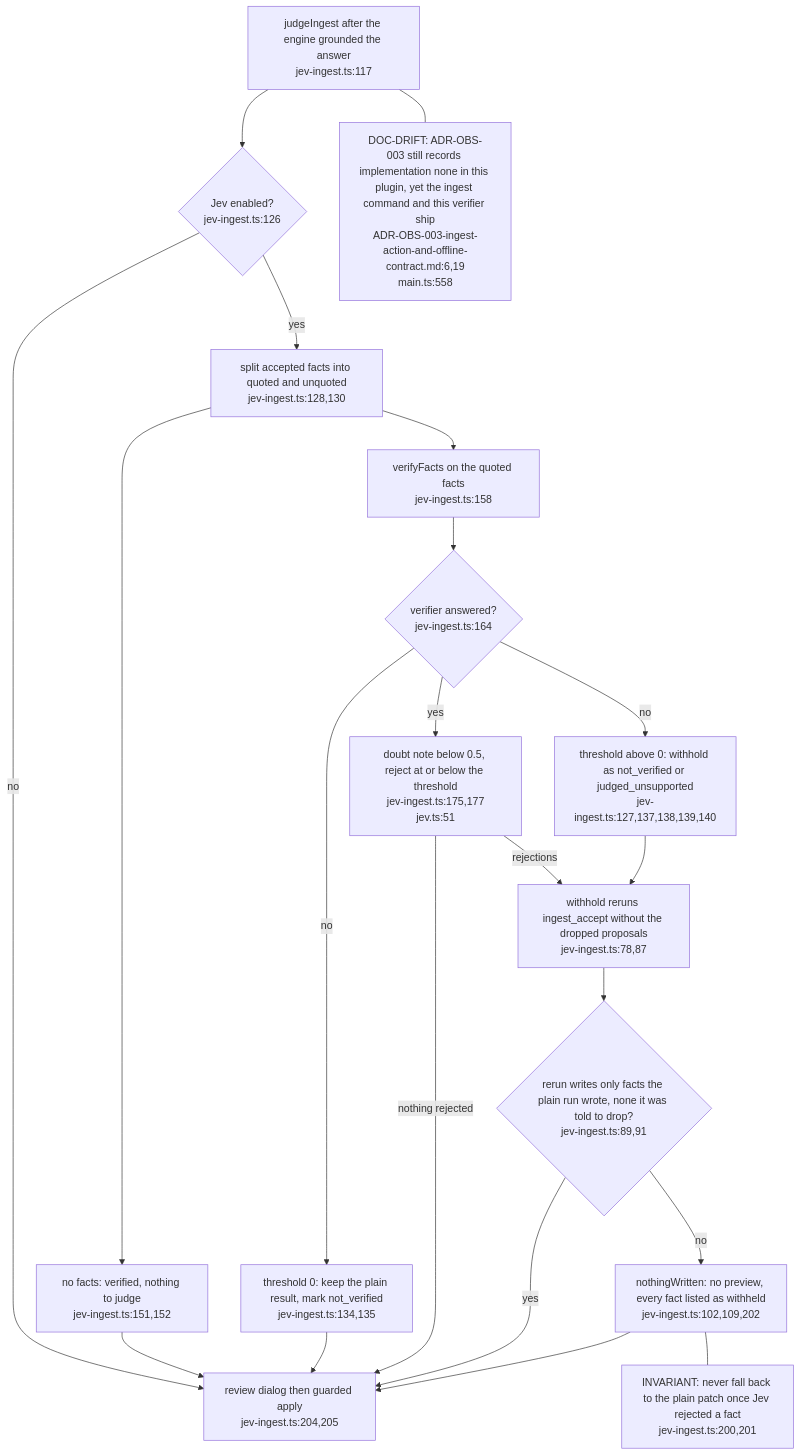
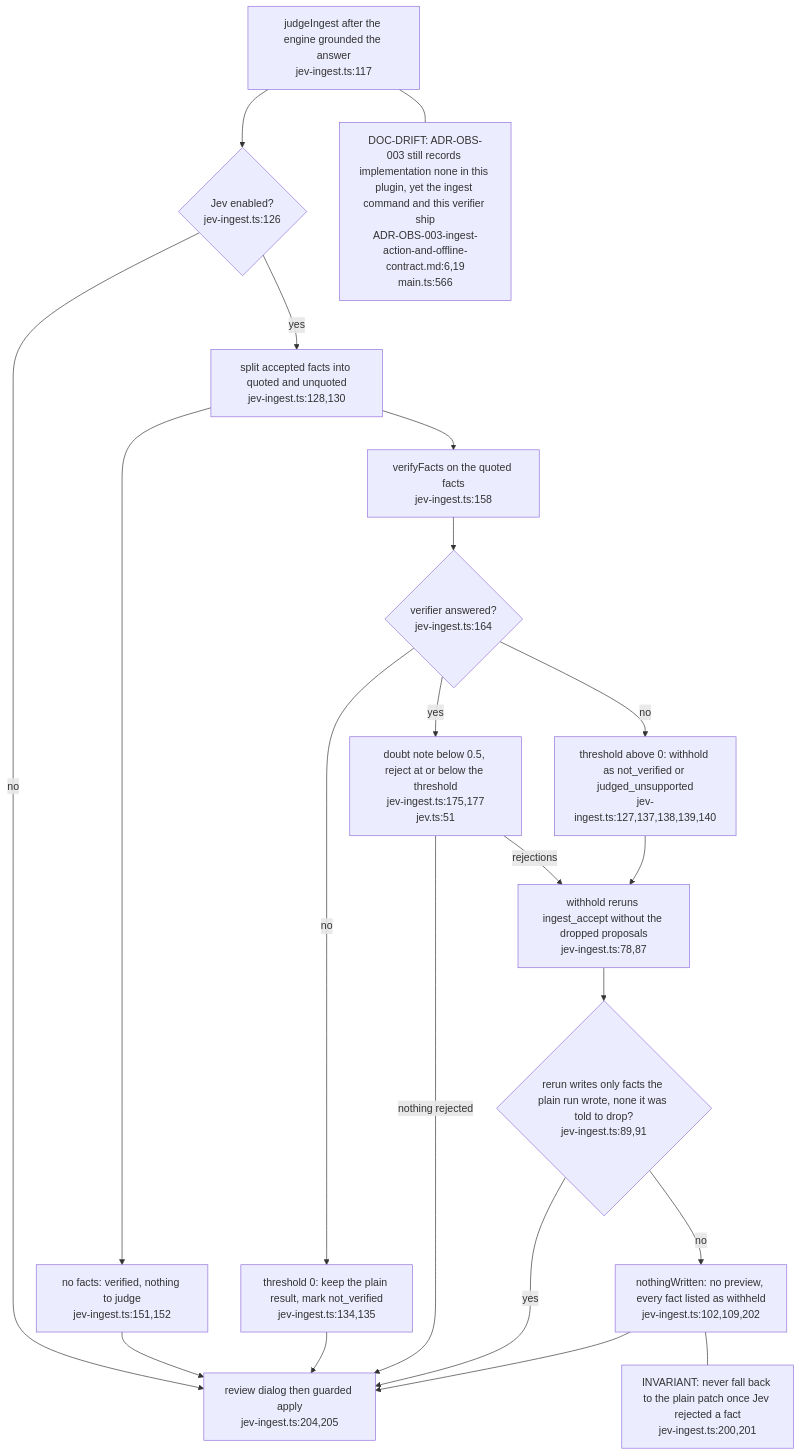
One commit to DreamLab-AI/VisionFlow changed the fourth of 4 diagrams in docs/diagrams/ontomark-obsidian/05-network-boundary-and-jev.md. Above: the diagram before and after it, drawn with Mermaid. The commit also changed other lines of this file and 20 other files, not shown here.

First line of the commit message:
docs(diagrams): ontomark and ontomark-obsidian re-verified (graph 0.4.0, plugin 0.6.0)

````diff
--- a/docs/diagrams/ontomark-obsidian/05-network-boundary-and-jev.md
+++ b/docs/diagrams/ontomark-obsidian/05-network-boundary-and-jev.md
@@ -136,33 +136,33 @@
 ```mermaid
 flowchart TD
     J["judgeIngest after the engine grounded the answer<br/>jev-ingest.ts:117"]
     OFF{"Jev enabled?<br/>jev-ingest.ts:126"}
     Q["split accepted facts into quoted and unquoted<br/>jev-ingest.ts:128,130"]
     NONE["no facts: verified, nothing to judge<br/>jev-ingest.ts:151,152"]
     V["verifyFacts on the quoted facts<br/>jev-ingest.ts:158"]
     VF{"verifier answered?<br/>jev-ingest.ts:164"}
     ADV["threshold 0: keep the plain result, mark not_verified<br/>jev-ingest.ts:134,135"]
     FC["threshold above 0: withhold as not_verified or judged_unsupported<br/>jev-ingest.ts:127,137,138,139,140"]
     NOTES["doubt note below 0.5, reject at or below the threshold<br/>jev-ingest.ts:175,177<br/>jev.ts:51"]
     RERUN["withhold reruns ingest_accept without the dropped proposals<br/>jev-ingest.ts:78,87"]
     MONO{"rerun writes only facts the plain run wrote, none it was told to drop?<br/>jev-ingest.ts:89,91"}
     NW["nothingWritten: no preview, every fact listed as withheld<br/>jev-ingest.ts:102,109,202"]
     OUT["review dialog then guarded apply<br/>jev-ingest.ts:204,205"]
     J --> OFF
     OFF -->|no| OUT
     OFF -->|yes| Q
     Q --> NONE --> OUT
     Q --> V --> VF
     VF -->|no| ADV --> OUT
     VF -->|no| FC
     VF -->|yes| NOTES
     NOTES -->|nothing rejected| OUT
     NOTES -->|rejections| RERUN
     FC --> RERUN --> MONO
     MONO -->|yes| OUT
     MONO -->|no| NW --> OUT
     INV["INVARIANT: never fall back to the plain patch once Jev rejected a fact<br/>jev-ingest.ts:200,201"]
     NW --- INV
-    DRIFT["DOC-DRIFT: ADR-OBS-003 still records implementation none in this plugin, yet the ingest command and this verifier ship<br/>ADR-OBS-003-ingest-action-and-offline-contract.md:6,19<br/>main.ts:558"]
+    DRIFT["DOC-DRIFT: ADR-OBS-003 still records implementation none in this plugin, yet the ingest command and this verifier ship<br/>ADR-OBS-003-ingest-action-and-offline-contract.md:6,19<br/>main.ts:566"]
     J --- DRIFT
 ```
````
